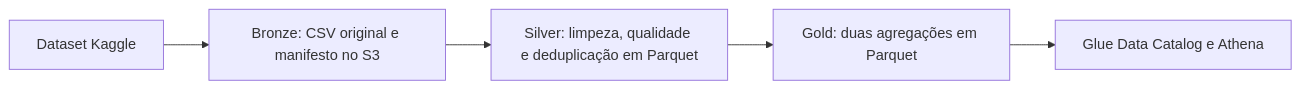
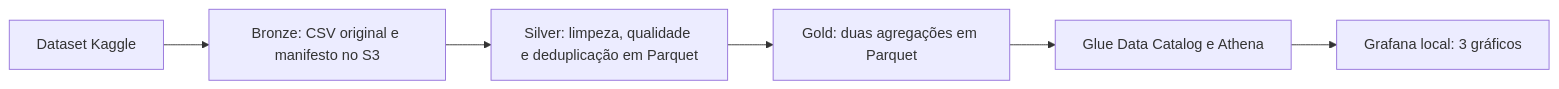
Before and after one commit to JPedroo/AWS-Medallion-Data-Lake-POC-for-IT-Support-Ticket-Analytics: the diagram in README.md, drawn with Mermaid. The commit also changed other lines of this file and 15 other files, not shown here.

````diff
--- a/README.md
+++ b/README.md
@@ -13,7 +13,8 @@
 ```mermaid
 flowchart LR
     K[Dataset Kaggle] --> B[Bronze: CSV original e manifesto no S3]
     B --> S[Silver: limpeza, qualidade e deduplicação em Parquet]
     S --> G[Gold: duas agregações em Parquet]
     G --> A[Glue Data Catalog e Athena]
+    A --> F[Grafana local: 3 gráficos]
 ```
````
